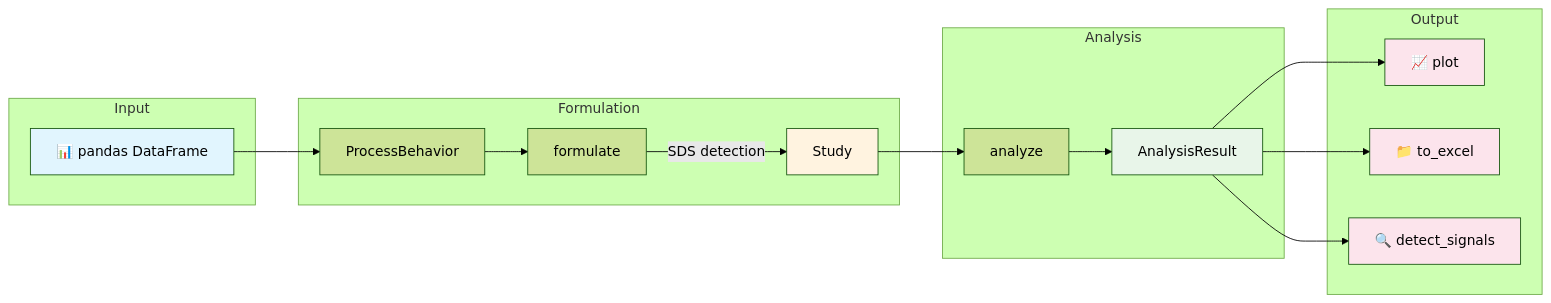
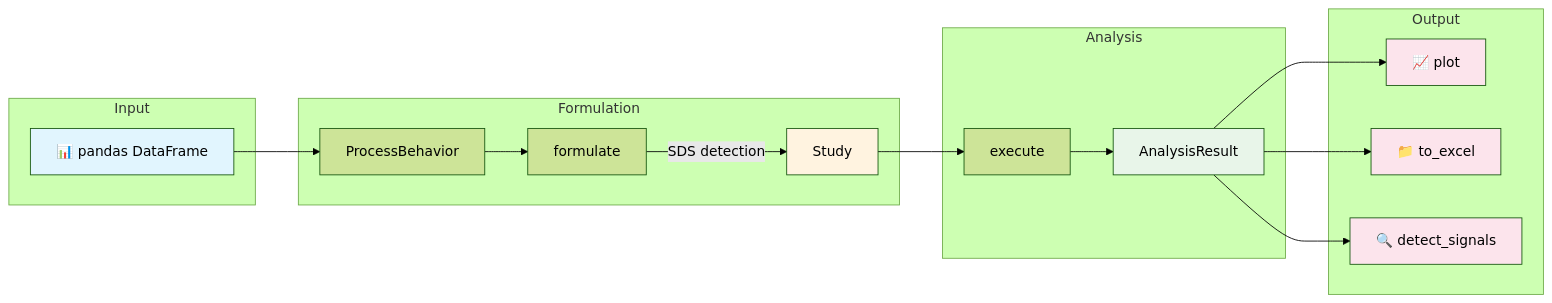
The diagram in docs/intro.md (cnicholas/processbehavior), drawn with Mermaid (forest theme) before and after one commit. The commit also changed other lines of this file and 14 other files, not shown here.

````diff
--- a/docs/intro.md
+++ b/docs/intro.md
@@ -11,39 +11,39 @@
 ```{mermaid}
 flowchart LR
     subgraph Input
         A[📊 pandas DataFrame]
     end
 
     subgraph Formulation
         B[ProcessBehavior]
         C[formulate]
         D[Study]
     end
 
     subgraph Analysis
-        E[analyze]
+        E[execute]
         F[AnalysisResult]
     end
 
     subgraph Output
         G[📈 plot]
         H[📁 to_excel]
         I[🔍 detect_signals]
     end
 
     A --> B
     B --> C
     C -->|"SDS detection"| D
     D --> E
     E --> F
     F --> G
     F --> H
     F --> I
 
     style A fill:#e1f5fe
     style D fill:#fff3e0
     style F fill:#e8f5e9
     style G fill:#fce4ec
     style H fill:#fce4ec
     style I fill:#fce4ec
 ```
````
